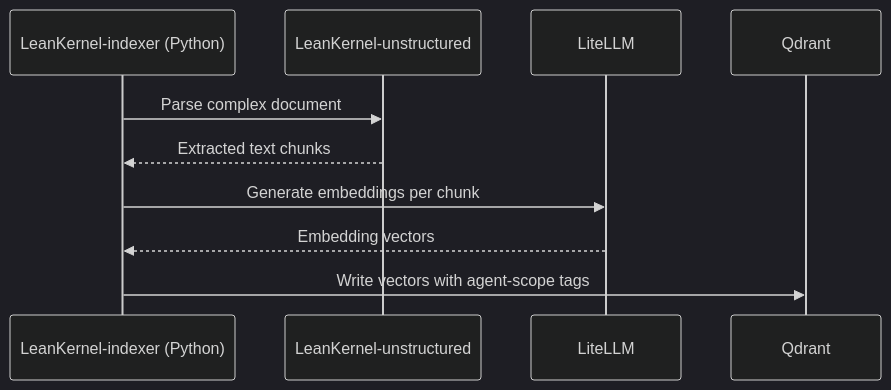
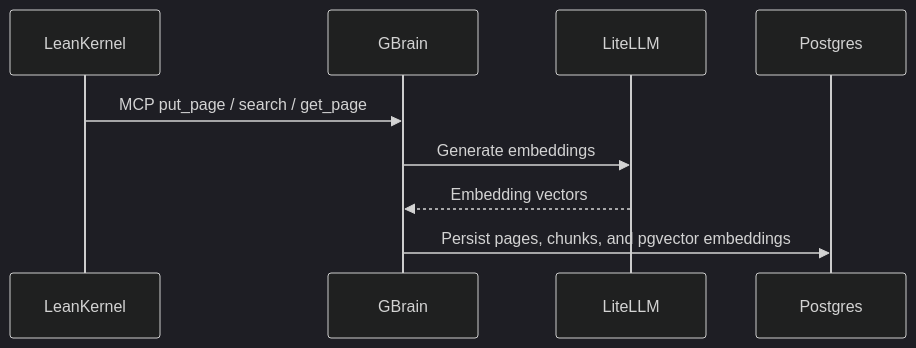
One commit to achingono/leankernel changed the second of 3 diagrams in docs/architecture/key-flows.md. Above: the diagram before and after it, drawn with Mermaid (dark theme). The commit also changed other lines of this file and 7 other files, not shown here.

First line of the commit message:
Align GBrain embedding dimensions

````diff
--- a/docs/architecture/key-flows.md
+++ b/docs/architecture/key-flows.md
@@ -49,13 +47,12 @@
 ```mermaid
 sequenceDiagram
-    participant Indexer as LeanKernel-indexer (Python)
-    participant Unstructured as LeanKernel-unstructured
+    participant LeanKernel
+    participant GBrain
     participant LiteLLM
-    participant Qdrant
+    participant Postgres
 
-    Indexer->>Unstructured: Parse complex document
-    Unstructured-->>Indexer: Extracted text chunks
-    Indexer->>LiteLLM: Generate embeddings per chunk
-    LiteLLM-->>Indexer: Embedding vectors
-    Indexer->>Qdrant: Write vectors with agent-scope tags
+    LeanKernel->>GBrain: MCP put_page / search / get_page
+    GBrain->>LiteLLM: Generate embeddings
+    LiteLLM-->>GBrain: Embedding vectors
+    GBrain->>Postgres: Persist pages, chunks, and pgvector embeddings
 ```
````
